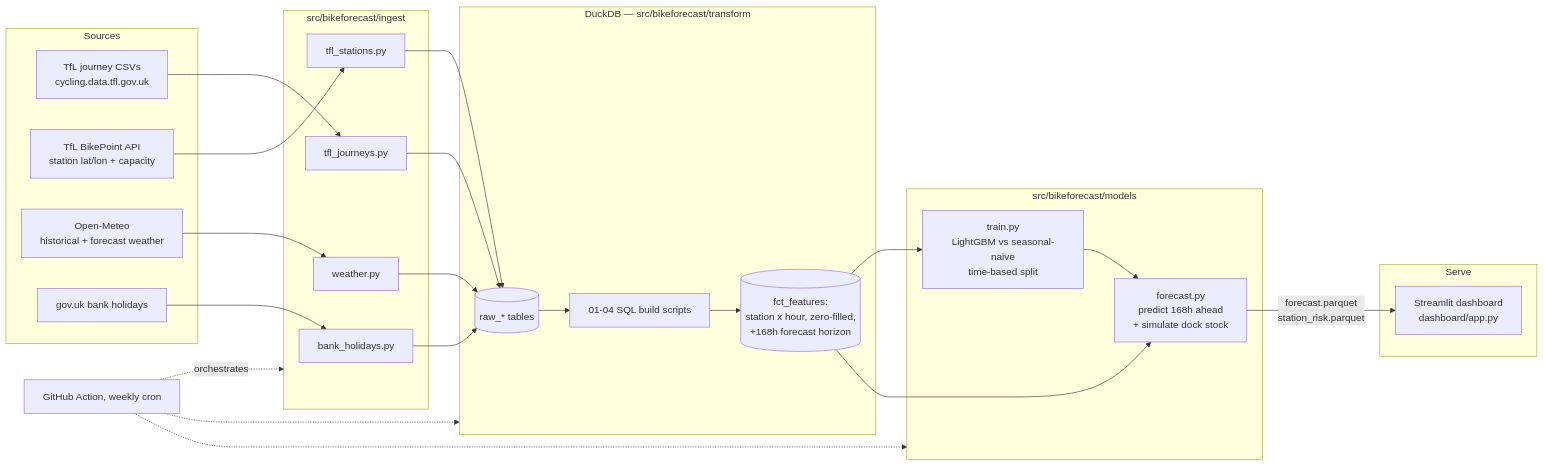
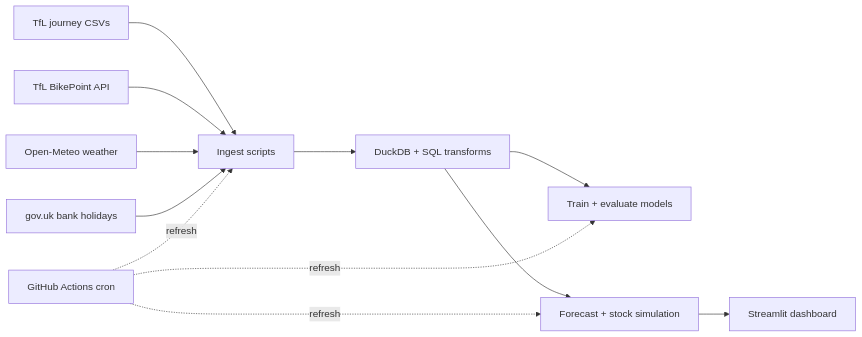
Before and after one commit to manichitumala/london-bike-demand-forecaster: the diagram in README.md, drawn with Mermaid. The commit also changed other lines of this file and 1 other file, not shown here.

````diff
--- a/README.md
+++ b/README.md
@@ -25,44 +34,15 @@
 ```mermaid
 flowchart LR
-    subgraph Sources
-        TFL[TfL journey CSVs\ncycling.data.tfl.gov.uk]
-        BP[TfL BikePoint API\nstation lat/lon + capacity]
-        OM[Open-Meteo\nhistorical + forecast weather]
-        GOV[gov.uk bank holidays]
-    end
+    TFL[TfL journey CSVs] --> INGEST[Ingest scripts]
+    STATIONS[TfL BikePoint API] --> INGEST
+    WEATHER[Open-Meteo weather] --> INGEST
+    HOLIDAYS[gov.uk bank holidays] --> INGEST
 
-    subgraph Ingest["src/bikeforecast/ingest"]
-        I1[tfl_journeys.py]
-        I2[tfl_stations.py]
-        I3[weather.py]
-        I4[bank_holidays.py]
-    end
-
-    subgraph Store["DuckDB — src/bikeforecast/transform"]
-        RAW[(raw_* tables)]
-        SQL[01-04 SQL build scripts]
-        FEAT[(fct_features:\nstation x hour, zero-filled,\n+168h forecast horizon)]
-    end
-
-    subgraph Model["src/bikeforecast/models"]
-        TRAIN[train.py\nLightGBM vs seasonal-naive\ntime-based split]
-        FC[forecast.py\npredict 168h ahead\n+ simulate dock stock]
-    end
-
-    subgraph Serve
-        DASH[Streamlit dashboard\ndashboard/app.py]
-    end
-
-    TFL --> I1 --> RAW
-    BP --> I2 --> RAW
-    OM --> I3 --> RAW
-    GOV --> I4 --> RAW
-    RAW --> SQL --> FEAT
-    FEAT --> TRAIN --> FC
-    FEAT --> FC
-    FC -->|forecast.parquet\nstation_risk.parquet| DASH
-
-    GHA[GitHub Action, weekly cron] -.orchestrates.-> Ingest
-    GHA -.-> Store
-    GHA -.-> Model
+    INGEST --> DUCK[DuckDB + SQL transforms]
+    DUCK --> MODEL[Train + evaluate models]
+    DUCK --> FORECAST[Forecast + stock simulation]
+    FORECAST --> DASH[Streamlit dashboard]
+    GHA[GitHub Actions cron] -. refresh .-> INGEST
+    GHA -. refresh .-> MODEL
+    GHA -. refresh .-> FORECAST
 ```
````
